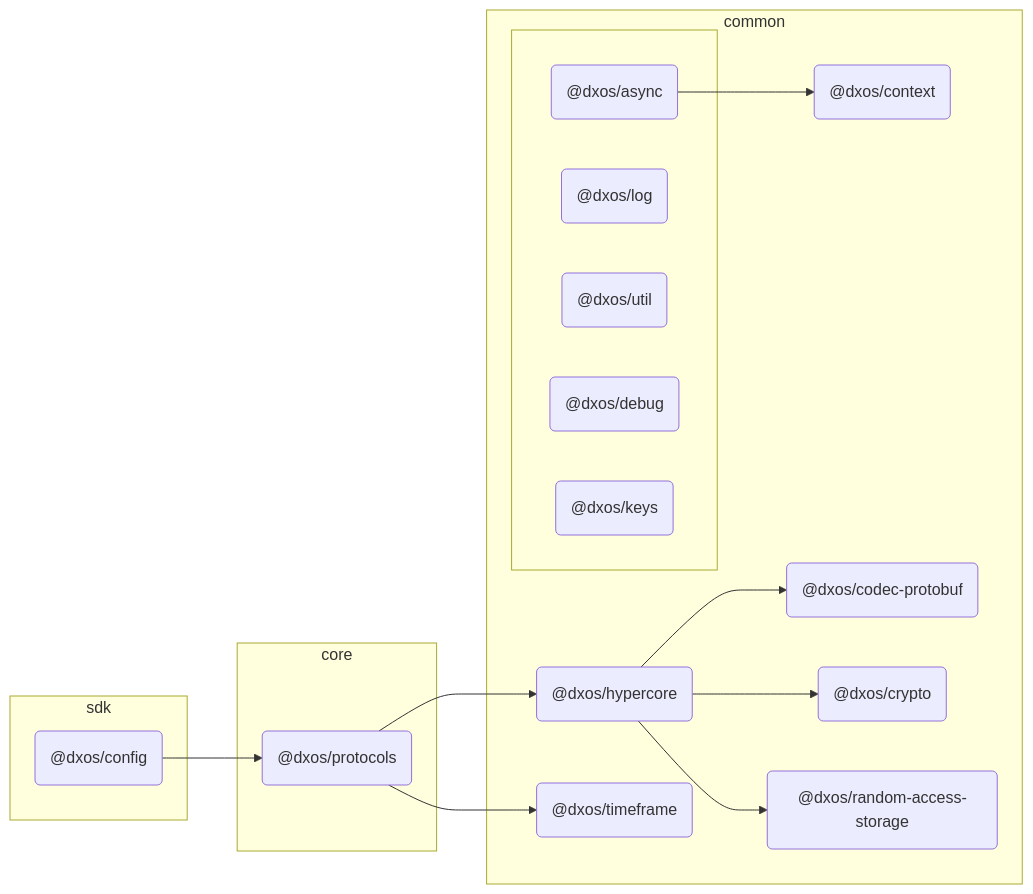
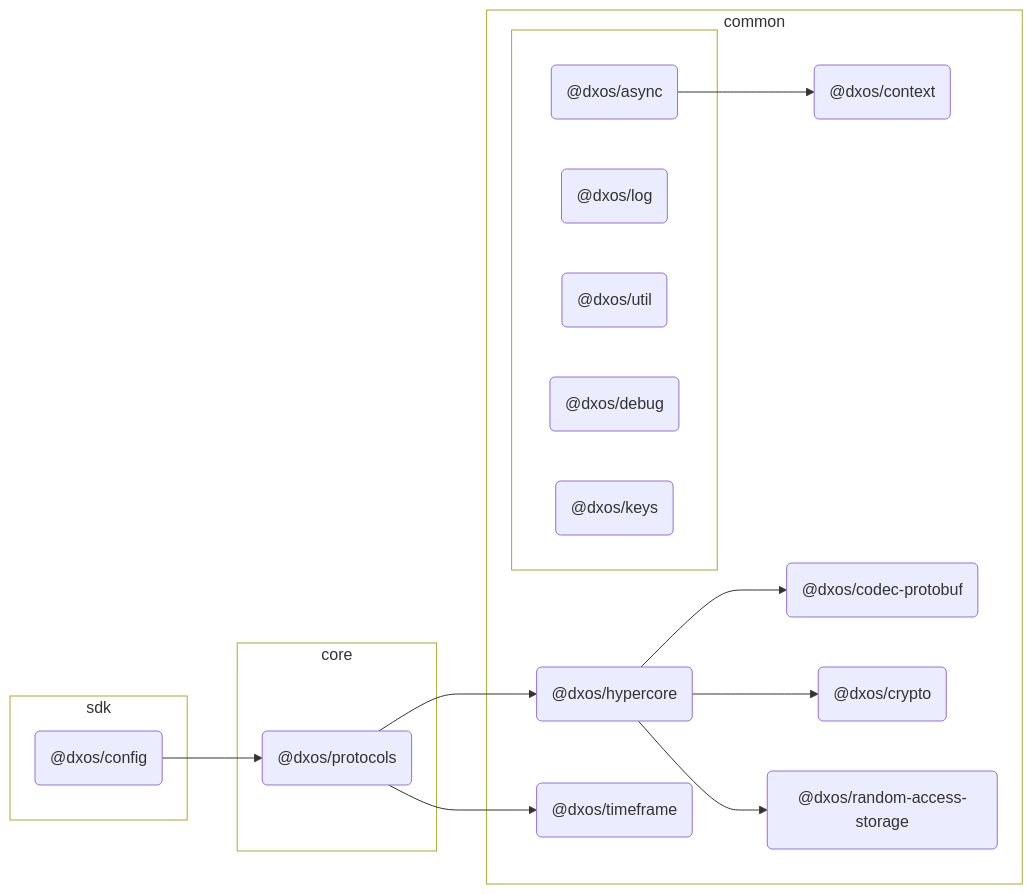
One commit to dxos/dxos changed the diagram in packages/sdk/config/docs/README.md. Above: the diagram before and after it, drawn with Mermaid. The commit also changed 80 other files, not shown here.

````diff
--- a/packages/sdk/config/docs/README.md
+++ b/packages/sdk/config/docs/README.md
@@ -7,55 +7,62 @@
 ```mermaid
 %%{ init: {'flowchart':{'curve':'basis'}} }%%
 
 flowchart LR
 
+%% Classes
+
+
+
 %% Nodes
 
 subgraph sdk [sdk]
+  style sdk fill:transparent
   dxos/config("@dxos/config"):::root
   click dxos/config "dxos/dxos/tree/main/packages/sdk/config/docs"
 end
 
 subgraph common [common]
+  style common fill:transparent
   dxos/codec-protobuf("@dxos/codec-protobuf"):::def
   click dxos/codec-protobuf "dxos/dxos/tree/main/packages/common/codec-protobuf/docs"
   dxos/context("@dxos/context"):::def
   click dxos/context "dxos/dxos/tree/main/packages/common/context/docs"
   dxos/hypercore("@dxos/hypercore"):::def
   click dxos/hypercore "dxos/dxos/tree/main/packages/common/hypercore/docs"
   dxos/crypto("@dxos/crypto"):::def
   click dxos/crypto "dxos/dxos/tree/main/packages/common/crypto/docs"
   dxos/random-access-storage("@dxos/random-access-storage"):::def
   click dxos/random-access-storage "dxos/dxos/tree/main/packages/common/random-access-storage/docs"
   dxos/timeframe("@dxos/timeframe"):::def
   click dxos/timeframe "dxos/dxos/tree/main/packages/common/timeframe/docs"
 
   subgraph _ [ ]
+    style _ fill:transparent
     dxos/async("@dxos/async"):::def
     click dxos/async "dxos/dxos/tree/main/packages/common/async/docs"
     dxos/log("@dxos/log"):::def
     click dxos/log "dxos/dxos/tree/main/packages/common/log/docs"
     dxos/util("@dxos/util"):::def
     click dxos/util "dxos/dxos/tree/main/packages/common/util/docs"
     dxos/debug("@dxos/debug"):::def
     click dxos/debug "dxos/dxos/tree/main/packages/common/debug/docs"
     dxos/keys("@dxos/keys"):::def
     click dxos/keys "dxos/dxos/tree/main/packages/common/keys/docs"
   end
 end
 
 subgraph core [core]
+  style core fill:transparent
   dxos/protocols("@dxos/protocols"):::def
   click dxos/protocols "dxos/dxos/tree/main/packages/core/protocols/docs"
 end
 
 %% Links
-linkStyle default stroke:#333,stroke-width:1px
 dxos/async --> dxos/context
 dxos/config --> dxos/protocols
 dxos/protocols --> dxos/hypercore
 dxos/hypercore --> dxos/codec-protobuf
 dxos/hypercore --> dxos/crypto
 dxos/hypercore --> dxos/random-access-storage
 dxos/protocols --> dxos/timeframe
 ```
````
